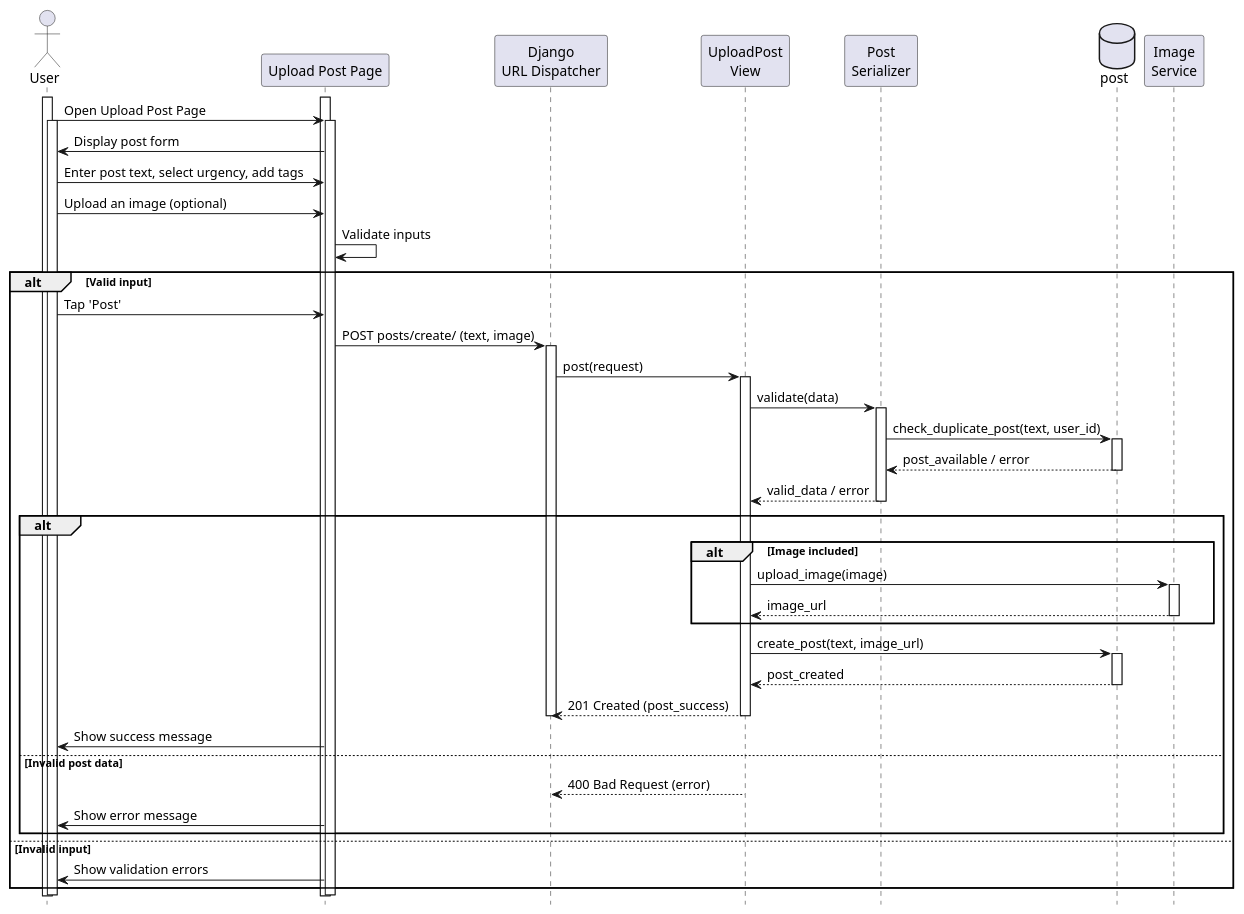
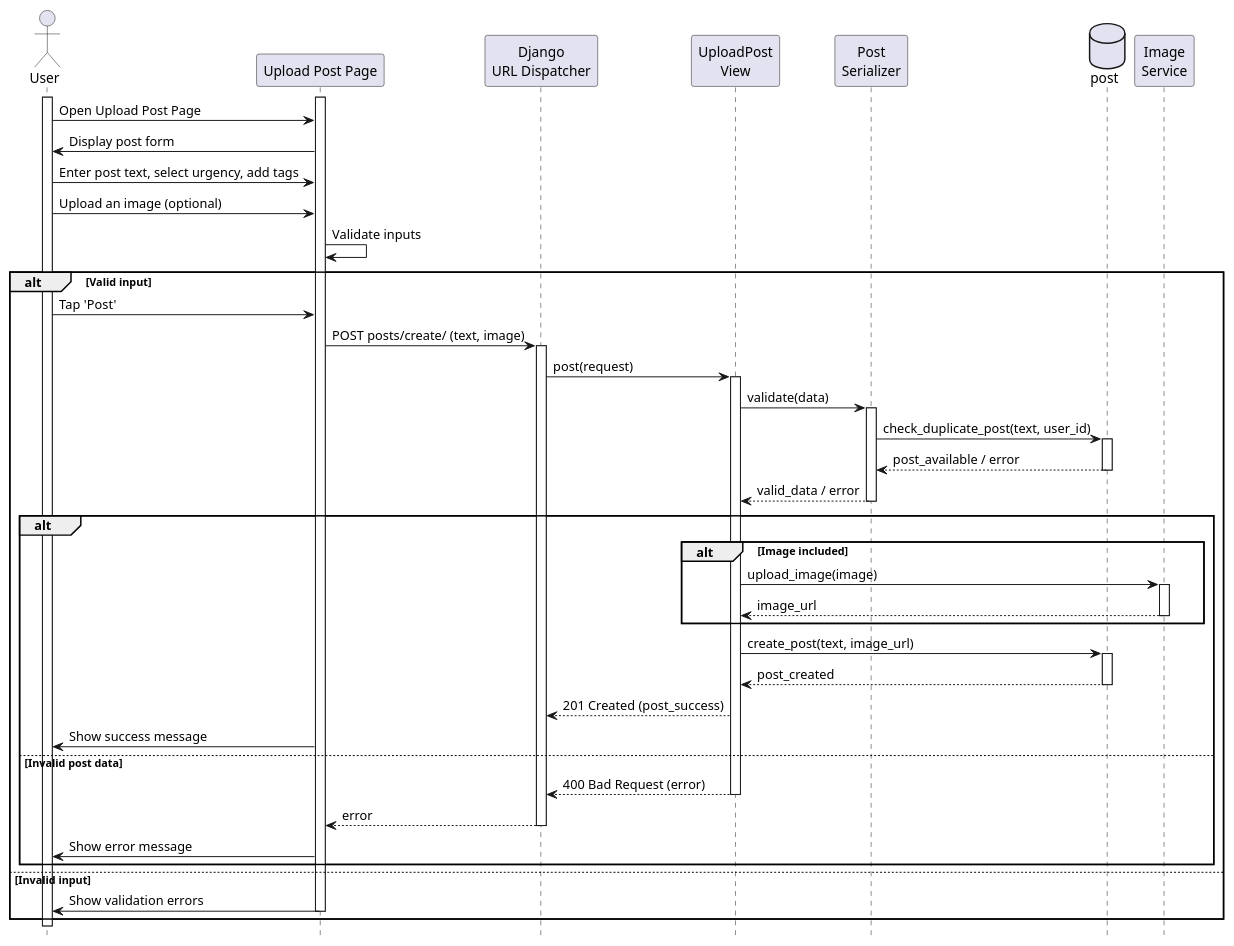
One commit to KMITL-BusBuddy/diagram changed the diagram in feed/upload_post.puml. Above: the diagram before and after it, drawn with PlantUML. The commit also changed 8 other files, not shown here.

Commit message:
update latest diagram

```diff
--- a/feed/upload_post.puml
+++ b/feed/upload_post.puml
@@ -1,79 +1,75 @@
 @startuml upload_post
 
 hide footbox
 
 actor User
 participant "Upload Post Page" as UI
 participant "Django\nURL Dispatcher" as API
 participant "UploadPost\nView" as view_upload_post
 participant "Post\nSerializer" as serializer_post
 database "post" as table_posts
 participant "Image\nService" as image_service
 
 activate User
 activate UI
 User -> UI: Open Upload Post Page
-activate User
-activate UI
 UI -> User: Display post form
 
 
 User -> UI: Enter post text, select urgency, add tags
 User -> UI: Upload an image (optional)
 
 UI -> UI: Validate inputs
 
 alt Valid input
     User -> UI: Tap 'Post'
     UI -> API: POST posts/create/ (text, image)
     activate API
 
     API -> view_upload_post: post(request)
     activate view_upload_post
 
     view_upload_post -> serializer_post: validate(data)
     activate serializer_post
 
     serializer_post -> table_posts: check_duplicate_post(text, user_id)
     activate table_posts
 
     table_posts --> serializer_post: post_available / error
     deactivate table_posts
 
     serializer_post --> view_upload_post: valid_data / error
     deactivate serializer_post
 
     alt 
         alt Image included
             view_upload_post -> image_service: upload_image(image)
             activate image_service
             image_service --> view_upload_post: image_url
             deactivate image_service
         end
 
         view_upload_post -> table_posts: create_post(text, image_url)
         activate table_posts
 
         table_posts --> view_upload_post: post_created
         deactivate table_posts
 
         view_upload_post --> API: 201 Created (post_success)
-        deactivate view_upload_post
-        deactivate API
 
         UI -> User: Show success message
     else Invalid post data
         view_upload_post --> API: 400 Bad Request (error)
         deactivate view_upload_post
+        API --> UI: error
         deactivate API
-
         UI -> User: Show error message
     end
 else Invalid input
     UI -> User: Show validation errors
+    deactivate UI
 end
 
-deactivate UI
 deactivate User
 
 @enduml
```
